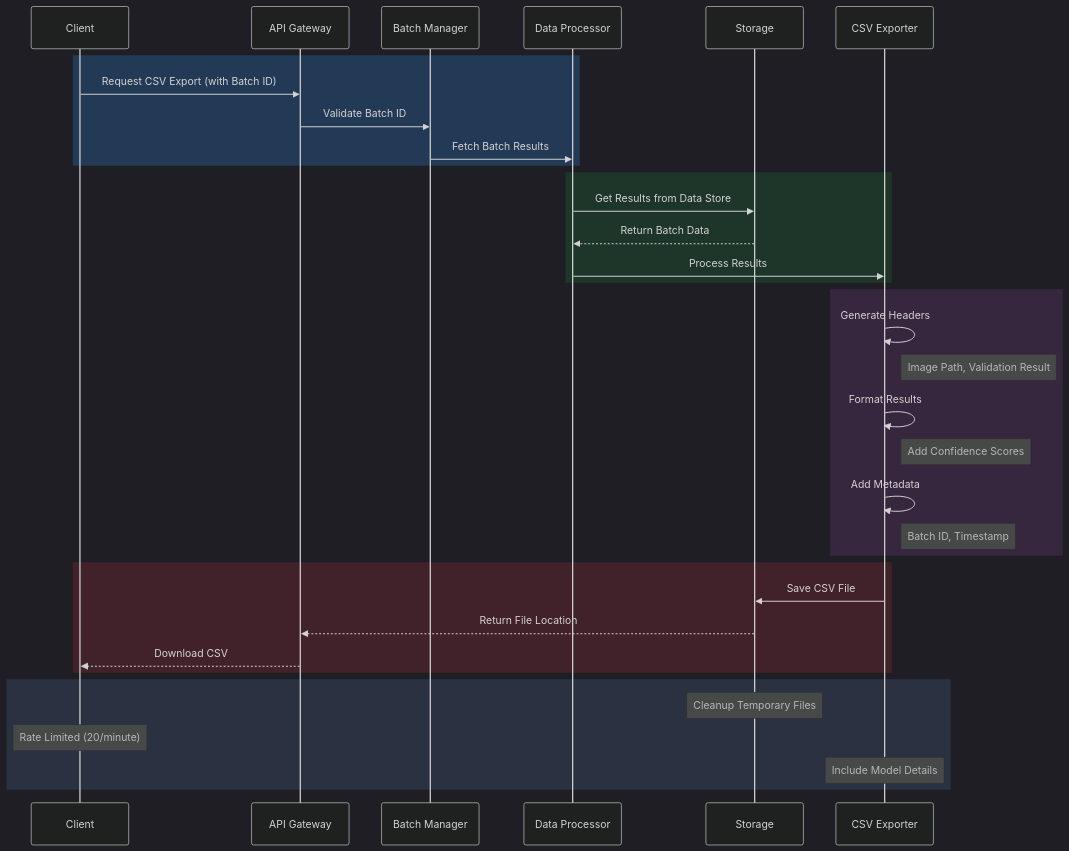
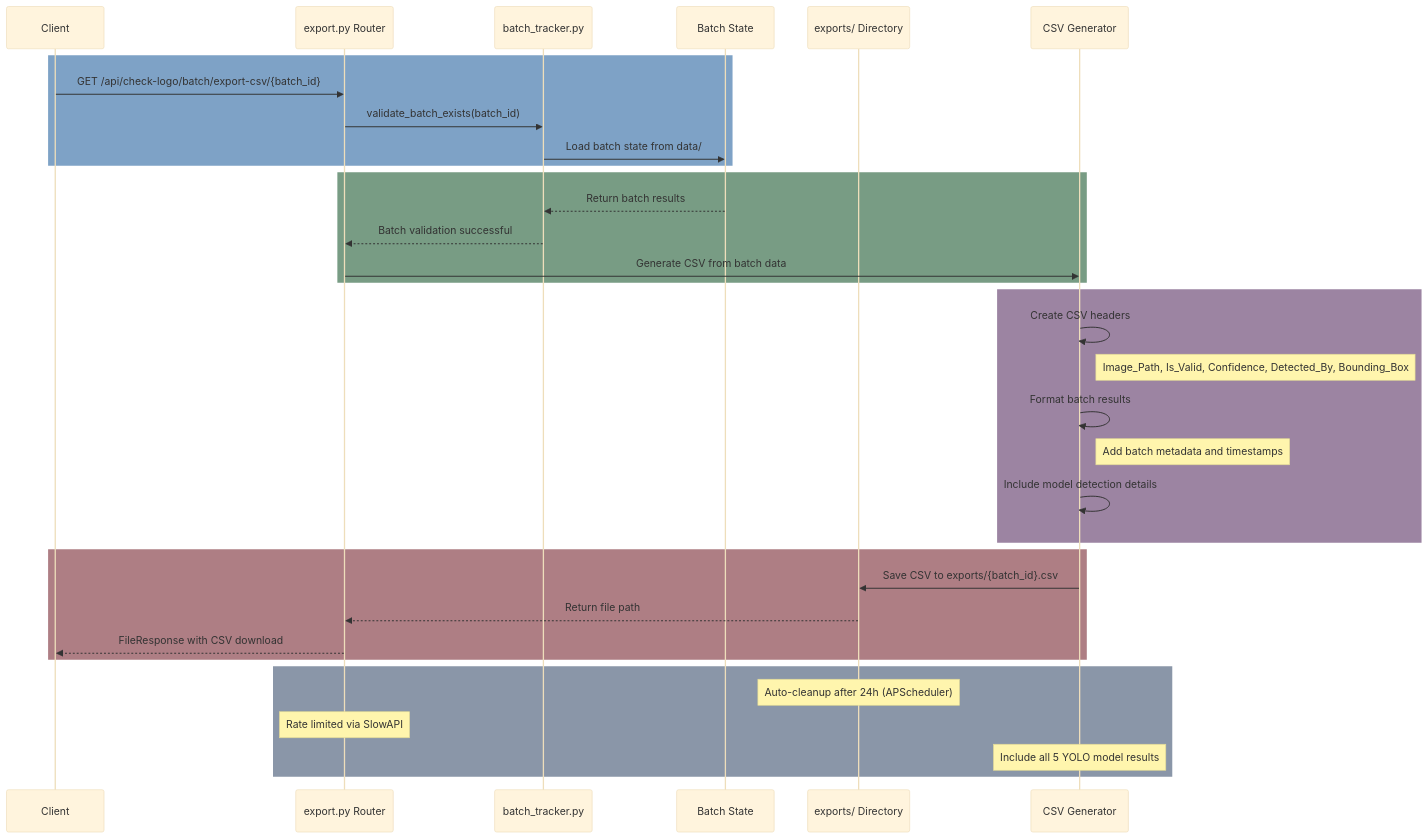
One commit to Dhruv0306/SymphonyProject1 changed the diagram in docs/images/CSV Export Lifecycle.mmd. Above: the diagram before and after it, drawn with Mermaid. The commit also changed 38 other files, not shown here.

```diff
--- a/docs/images/CSV Export Lifecycle.mmd
+++ b/docs/images/CSV Export Lifecycle.mmd
@@ -1,41 +1,40 @@
-%%{init: {'theme': 'dark', 'themeVariables': { 'fontFamily': 'arial', 'fontSize': '18px', 'fontWeight': 'bold'}}}%%
+%%{init: {'theme': 'base', 'themeVariables': { 'fontFamily': 'arial', 'fontSize': '18px', 'fontWeight': 'bold'}}}%%
 sequenceDiagram
     participant C as Client
-    participant A as API Gateway
-    participant B as Batch Manager
-    participant D as Data Processor
-    participant S as Storage
-    participant E as CSV Exporter
+    participant A as export.py Router
+    participant B as batch_tracker.py
+    participant D as Batch State
+    participant S as exports/ Directory
+    participant E as CSV Generator
 
-    rect rgba(40, 100, 160, 0.4)
-        C->>A: Request CSV Export (with Batch ID)
-        A->>B: Validate Batch ID
-        B->>D: Fetch Batch Results
+    rect rgba(40, 100, 160, 0.6)
+        C->>A: GET /api/check-logo/batch/export-csv/{batch_id}
+        A->>B: validate_batch_exists(batch_id)
+        B->>D: Load batch state from data/
     end
 
-    rect rgba(30, 90, 50, 0.4)
-        D->>S: Get Results from Data Store
-        S-->>D: Return Batch Data
-        D->>E: Process Results
+    rect rgba(30, 90, 50, 0.6)
+        D-->>B: Return batch results
+        B-->>A: Batch validation successful
+        A->>E: Generate CSV from batch data
     end
 
-    rect rgba(90, 50, 100, 0.4)
-        E->>E: Generate Headers
-        Note right of E: Image Path, Validation Result
-        E->>E: Format Results
-        Note right of E: Add Confidence Scores
-        E->>E: Add Metadata
-        Note right of E: Batch ID, Timestamp
+    rect rgba(90, 50, 100, 0.6)
+        E->>E: Create CSV headers
+        Note right of E: Image_Path, Is_Valid, Confidence, Detected_By, Bounding_Box
+        E->>E: Format batch results
+        Note right of E: Add batch metadata and timestamps
+        E->>E: Include model detection details
     end
 
-    rect rgba(120, 40, 50, 0.4)
-        E->>S: Save CSV File
-        S-->>A: Return File Location
-        A-->>C: Download CSV
+    rect rgba(120, 40, 50, 0.6)
+        E->>S: Save CSV to exports/{batch_id}.csv
+        S-->>A: Return file path
+        A-->>C: FileResponse with CSV download
     end
 
-    rect rgba(60, 80, 110, 0.4)
-        Note over S: Cleanup Temporary Files
-        Note over C: Rate Limited (20/minute)
-        Note over E: Include Model Details
+    rect rgba(60, 80, 110, 0.6)
+        Note over S: Auto-cleanup after 24h (APScheduler)
+        Note over A: Rate limited via SlowAPI
+        Note over E: Include all 5 YOLO model results
     end 
```
